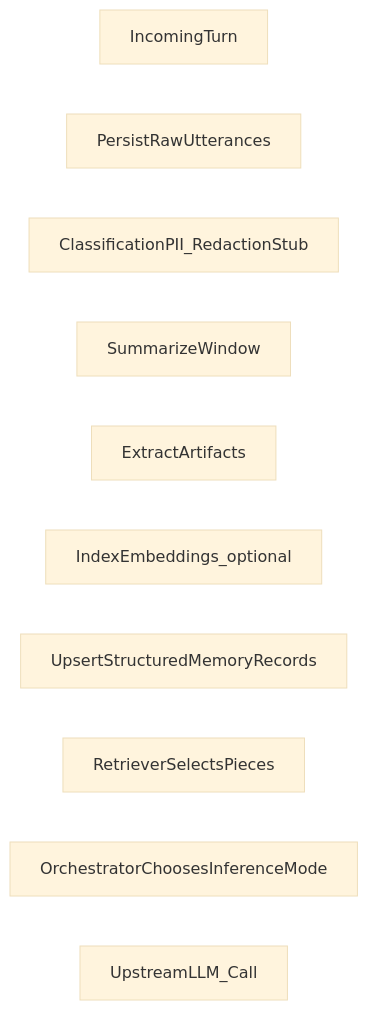
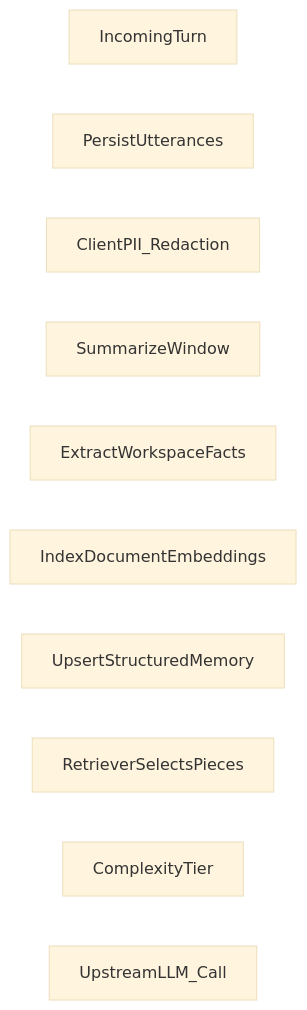
The diagram in docs/adr/0001-ingestion-pipeline.md (OrieBound/securemind), drawn with Mermaid (base theme) before and after one commit. The commit also changed other lines of this file and 311 other files, not shown here.

````diff
--- a/docs/adr/0001-ingestion-pipeline.md
+++ b/docs/adr/0001-ingestion-pipeline.md
@@ -25,13 +25,13 @@
 ```mermaid
 flowchart LR
   Input[IncomingTurn]
-  Persist[PersistRawUtterances]
-  PII[ClassificationPII_RedactionStub]
+  Persist[PersistUtterances]
+  PII[ClientPII_Redaction]
   Summarize[SummarizeWindow]
-  Extract[ExtractArtifacts]
-  Embed[IndexEmbeddings_optional]
-  Store[UpsertStructuredMemoryRecords]
+  Extract[ExtractWorkspaceFacts]
+  Embed[IndexDocumentEmbeddings]
+  Store[UpsertStructuredMemory]
   Retrieve[RetrieverSelectsPieces]
-  Route[OrchestratorChoosesInferenceMode]
+  Route[ComplexityTier]
   Model[UpstreamLLM_Call]
 ```
````
